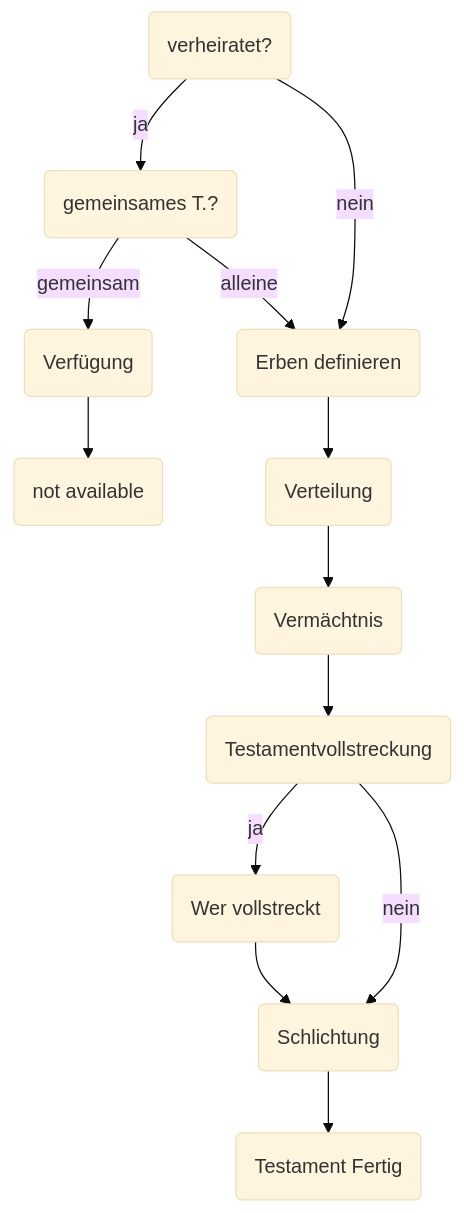
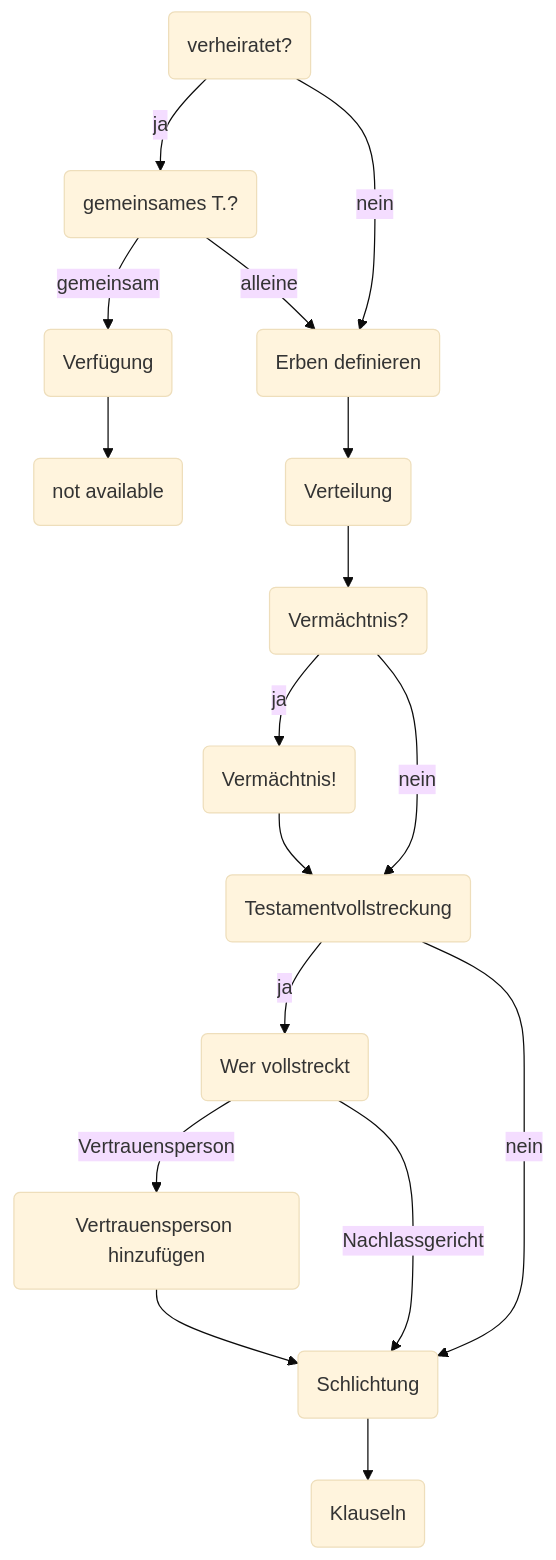
One commit to walkerdustin/beyond-webapp changed the diagram in app/src/lib/Testamentgenerator_qusetions.md. Above: the diagram before and after it, drawn with Mermaid (base theme). The commit also changed 10 other files, not shown here.

First line of the commit message:
This auto creates the web content from a markdown mermaid flowchart

````diff
--- a/app/src/lib/Testamentgenerator_qusetions.md
+++ b/app/src/lib/Testamentgenerator_qusetions.md
@@ -5,68 +5,120 @@
     flowchart TD;
         %%Template
     %%__0xxxx();
+        %%typ 'regular'
         %%frage ''
         %%option0 ''
         %%option1 ''
         %%info ''
 
-    %%States
-    __00100(verheiratet?); 
+    %%Questions
+    __00100(verheiratet?) 
+        %%typ 'regular'
         %%frage 'Wie ist Ihr Familienstand?'
         %%option0 'Verheiratet'
         %%option1 'Nicht (mehr) verheiratet'
         %%info 'Hier ist Ihr offizieller Familienstand maßgeblich. Das bedeutet, dass selbst wenn Sie in fester Partnerschaft leben, nur eine Ehe oder eingetragene Lebenspartnerschaft für Ihr Testament entscheidend sind. (ninebarc)'
 
-    __00110(gemeinsames T.?);
+    __00110(gemeinsames T.?)
+        %%typ 'regular'
         %%frage 'Wie wollen Sie Ihr Testament erstellen?'
         %%option0 'Mit meinem Ehepartner'
         %%option1 'Alleine'
         %%info 'Wenn Sie verheiratet sind oder in einer eingetragenen Lebenspartnerschaft leben können Sie mit Ihrem Partner ein gemeinschaftliches Testament aufsetzen. Damit bezweckt man vor allem die möglichst umfassende Absicherung des längerlebenden Ehegatten. Dieser wird zunächst Erbe. Die Ehepartner können zudem bestimmen, wer nach dem Tod des längerlebenden Ehepartners ihr Erbe werden soll. Bei einem Einzeltestament hingegen können Sie allein Ihre Erben innerhalb des gesetzlichen Rahmens frei wählen.'
-    
-    __00200(Erben definieren);
 
-    __00120(Verfügung);
+    __00120(Verfügung)
+        %%typ 'regular'
         %%frage 'Wie darf der längerlebende Partner über das Erbe verfügen?'
         %%option0 'Mit gewissen Einschränkungen'
         %%option1 'In vollem Umfang'
         %%info 'Wenn der Längerlebende Partner nach dem Tod des Zuerstversterbenden  vollumfänglich über das Vermögen verfügen kann, wird er als Vollerbe bezeichnet.Das gemeindschaftliche Erbe kann mit einigen Einschränkungen einhergehen. So soll verhindert werden, dass der längerlebende Ehepartner das Erbe komplett ausgeben darf, damit der Nachlass beim Tod des Längerlebenden möglichst ungeschmälert an die Nacherben übergeht." (ninebarc)'
 
-    __00130(not available);
+    __00130(not available)
+        %%typ 'not available'
         %%frage 'Diese Option ist bei Beyond aktuell noch nicht verfügbar.'
-    __00300(Verteilung);
-
-    __00400(Vermächtnis);
-
-    __00500(Testamentvollstreckung)
-        %%frage ''
         %%option0 ''
         %%option1 ''
         %%info ''
-    __00510(Wer vollstreckt)
-        %%frage ''
+
+     __00200(Erben definieren)
+        %%typ 'Erben'
+        %%frage 'Erben definieren'
         %%option0 ''
         %%option1 ''
         %%info ''
-    __00600(Schlichtung)
-        %%frage ''
+        
+    __00300(Verteilung)
+        %%typ 'verteilung'
+        %%frage 'verteilung'
         %%option0 ''
         %%option1 ''
         %%info ''
-    __01000(Testament Fertig)
 
+    __00400(Vermächtnis?)
+        %%typ 'regular'
+        %%frage 'Möchten Sie persönliche Gegenstände vermachen?'
+        %%option0 'Ja'
+        %%option1 'Nein'
+        %%info 'Das Übertragen persönlicher Gegenstände an Nahestehende oder Organissationen für den Fall des eigenen Ablebens, nennt man auch Vermächtnis. Soll einem Erben einen Wertgegenstand vermacht werden, so kann dieser auf den jeweiligen Erbanteil angerechnet werden, oder aber auch nicht.'
+
+    __00450(Vermächtnis!)
+        %%typ 'vermächtnis'
+        %%frage 'Vermächtnis!'
+        %%option0 ''
+        %%option1 ''
+        %%info ''
+
+    __00500(Testamentvollstreckung)
+        %%typ 'regular'
+        %%frage 'Testamentvollstreckung'
+        %%option0 'ja'
+        %%option1 'nein'
+        %%info ''
+
+    __00510(Wer vollstreckt)
+        %%typ 'regular'
+        %%frage 'Wer soll das Testament vollstrecken?'
+        %%option0 'Vertrauensperson'
+        %%option1 'Nachlassgericht'
+        %%info 'Unter Testamentsvollstreckung versteht man die Aufgaben rund um die Verwaltung und Auseinandersetzung des Nachlasses. Das beinhaltet beispielsweise die korrekte Erfüllung von Vermächtnissen und dem Vorbeugen von Konflikten in der ordnungsgemäßen Verteilung der Erbanteile. Eine Testamentsvollstreckung ist nicht immer notwendig, kann aber dabei helfen, die Erben zu entlasten und eine vermittelnde Rolle einzunehmen.'
+
+    __00520(Vertrauensperson hinzufügen) 
+        %%typ 'vertrauensperson'
+        %%frage 'vertrauensperson'
+        %%option0 ''
+        %%option1 ''
+        %%info ''
+
+    __00600(Schlichtung)
+        %%typ 'regular'
+        %%frage 'Schlichtung'
+        %%option0 ''
+        %%option1 ''
+        %%info ''
+
+    __00900(Klauseln)
+        %%typ 'klauseln'
+        %%frage 'Klauseln'
+        %%option0 ''
+        %%option1 ''
+        %%info ''
 
     %%Transitions
-    __00100-- ja -->__00110;
-    __00100-- nein -->__00200;
-    __00110--gemeinsam -->__00120;
-    __00110--alleine -->__00200;
-    __00120-->__00130;
-    __00200-->__00300;
-    __00300-->__00400;
-    __00400-->__00500;
-    __00500--ja-->__00510;
-    __00500--nein-->__00600;
-    __00510-->__00600;
-    __00600-->__01000
-
+    __00100--ja-->__00110
+    __00100--nein-->__00200
+    __00110--gemeinsam-->__00120
+    __00110--alleine-->__00200
+    __00120-->__00130
+    __00200-->__00300
+    __00300-->__00400
+    __00400--ja-->__00450
+    __00400--nein-->__00500
+    __00450-->__00500
+    __00500--ja-->__00510
+    __00500--nein-->__00600
+    __00510--Vertrauensperson-->__00520
+    __00510--Nachlassgericht-->__00600
+    __00520-->__00600
+    __00600-->__00900
+    %%End
 ```
````
